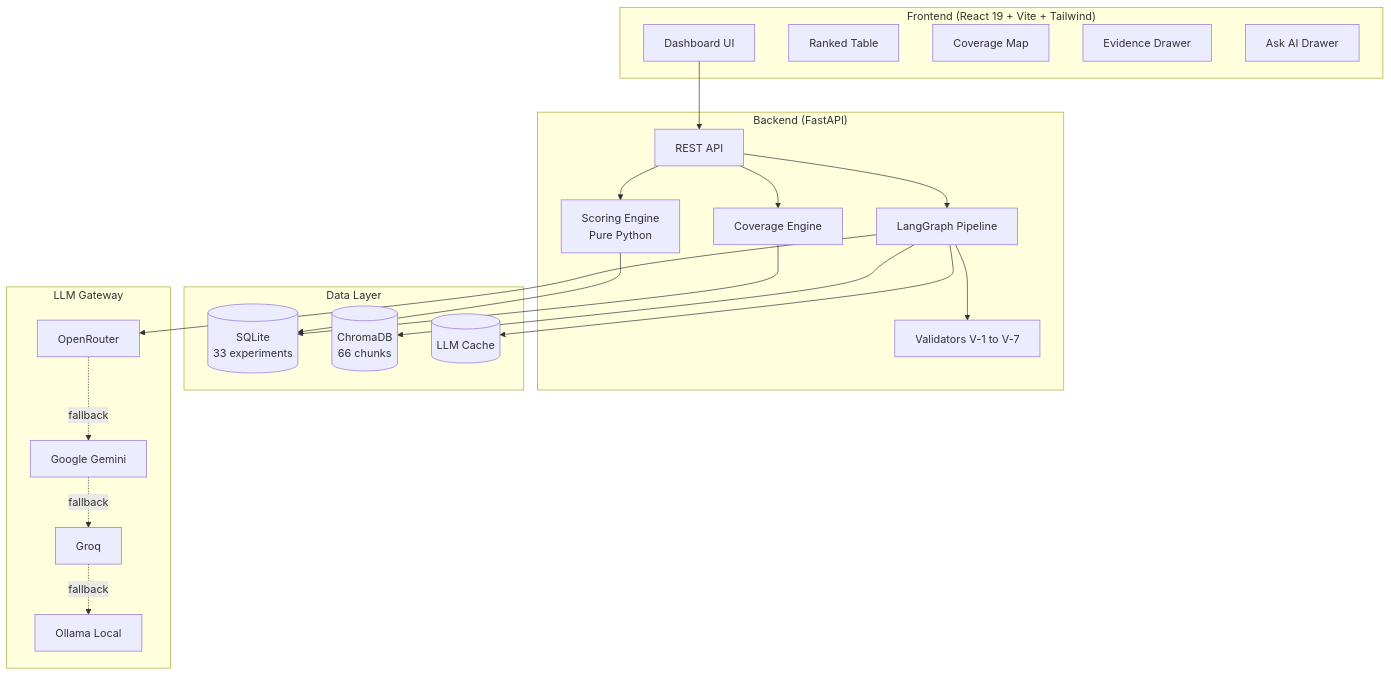
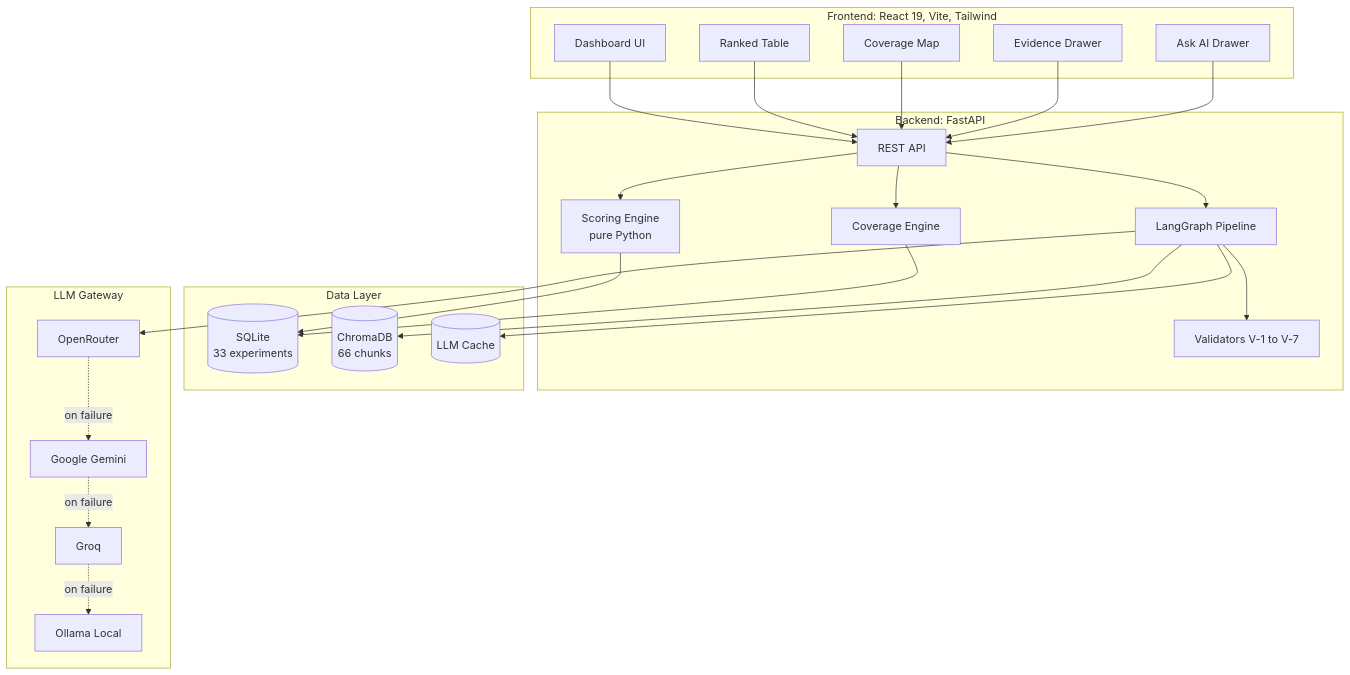
The fourth of 5 diagrams in README.md (HippomasAKiB1/aegnyxzero), drawn with Mermaid before and after one commit. The commit also changed other lines of this file, not shown here.

````diff
--- a/README.md
+++ b/README.md
@@ -110,45 +156,49 @@
 ```mermaid
 flowchart TB
-    subgraph Frontend["Frontend (React 19 + Vite + Tailwind)"]
-        UI[Dashboard UI]
-        RT[Ranked Table]
-        CM[Coverage Map]
-        ED[Evidence Drawer]
-        AID[Ask AI Drawer]
+    subgraph Frontend["Frontend: React 19, Vite, Tailwind"]
+        UI["Dashboard UI"]
+        RT["Ranked Table"]
+        CM["Coverage Map"]
+        ED["Evidence Drawer"]
+        AID["Ask AI Drawer"]
     end
 
-    subgraph Backend["Backend (FastAPI)"]
-        API[REST API]
-        SC[Scoring Engine<br/>Pure Python]
-        COV[Coverage Engine]
-        VAL[Validators V-1 to V-7]
-        PIPE[LangGraph Pipeline]
+    subgraph Backend["Backend: FastAPI"]
+        API["REST API"]
+        SC["Scoring Engine<br/>pure Python"]
+        COV["Coverage Engine"]
+        VAL["Validators V-1 to V-7"]
+        PIPE["LangGraph Pipeline"]
     end
 
     subgraph Data["Data Layer"]
-        DB[(SQLite<br/>33 experiments)]
-        VEC[(ChromaDB<br/>66 chunks)]
-        CACHE[(LLM Cache)]
+        DB[("SQLite<br/>33 experiments")]
+        VEC[("ChromaDB<br/>66 chunks")]
+        CACHE[("LLM Cache")]
     end
 
     subgraph LLM["LLM Gateway"]
-        OR[OpenRouter]
-        GM[Google Gemini]
-        GQ[Groq]
-        OL[Ollama Local]
+        OR["OpenRouter"]
+        GM["Google Gemini"]
+        GQ["Groq"]
+        OL["Ollama Local"]
     end
 
     UI --> API
+    RT --> API
+    CM --> API
+    ED --> API
+    AID --> API
     API --> SC
     API --> COV
     API --> PIPE
     PIPE --> VEC
     PIPE --> VAL
+    PIPE --> CACHE
     PIPE --> OR
-    OR -.fallback.-> GM
-    GM -.fallback.-> GQ
-    GQ -.fallback.-> OL
     SC --> DB
     COV --> DB
-    PIPE --> CACHE
+    OR -. "on failure" .-> GM
+    GM -. "on failure" .-> GQ
+    GQ -. "on failure" .-> OL
 ```
````
